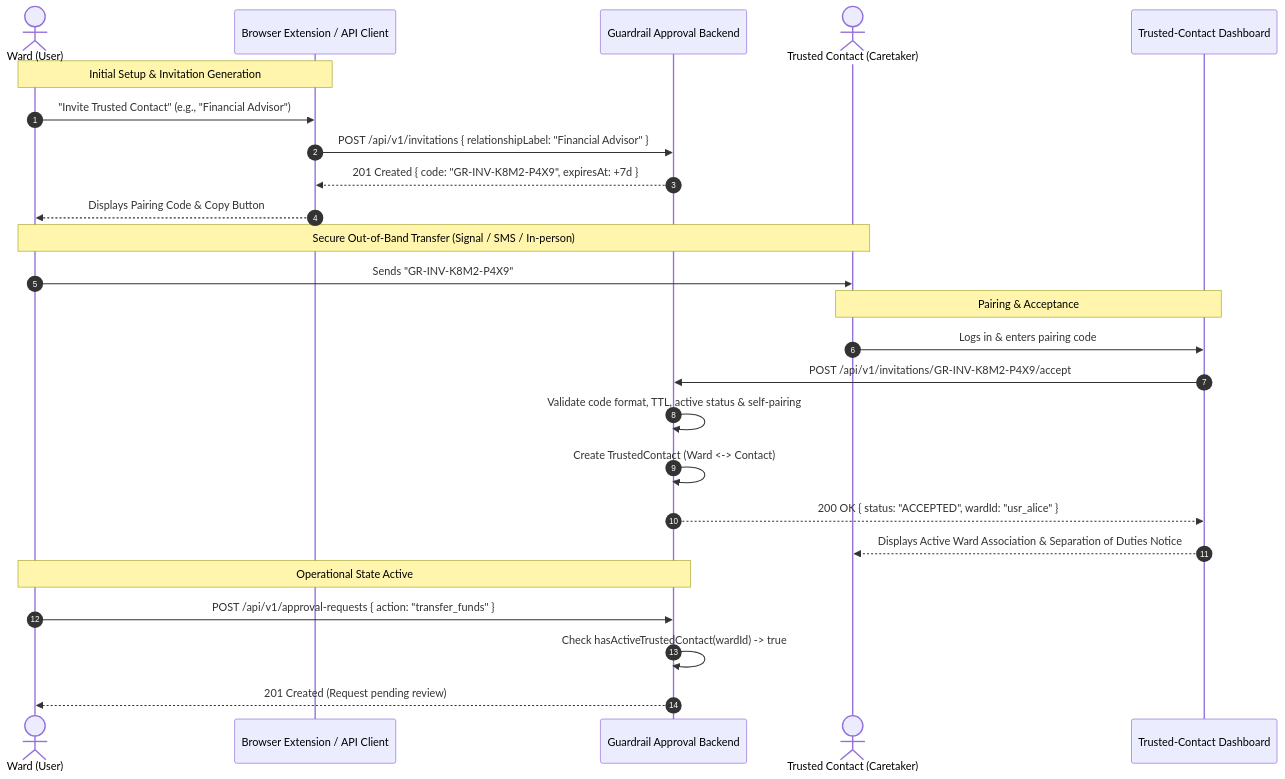
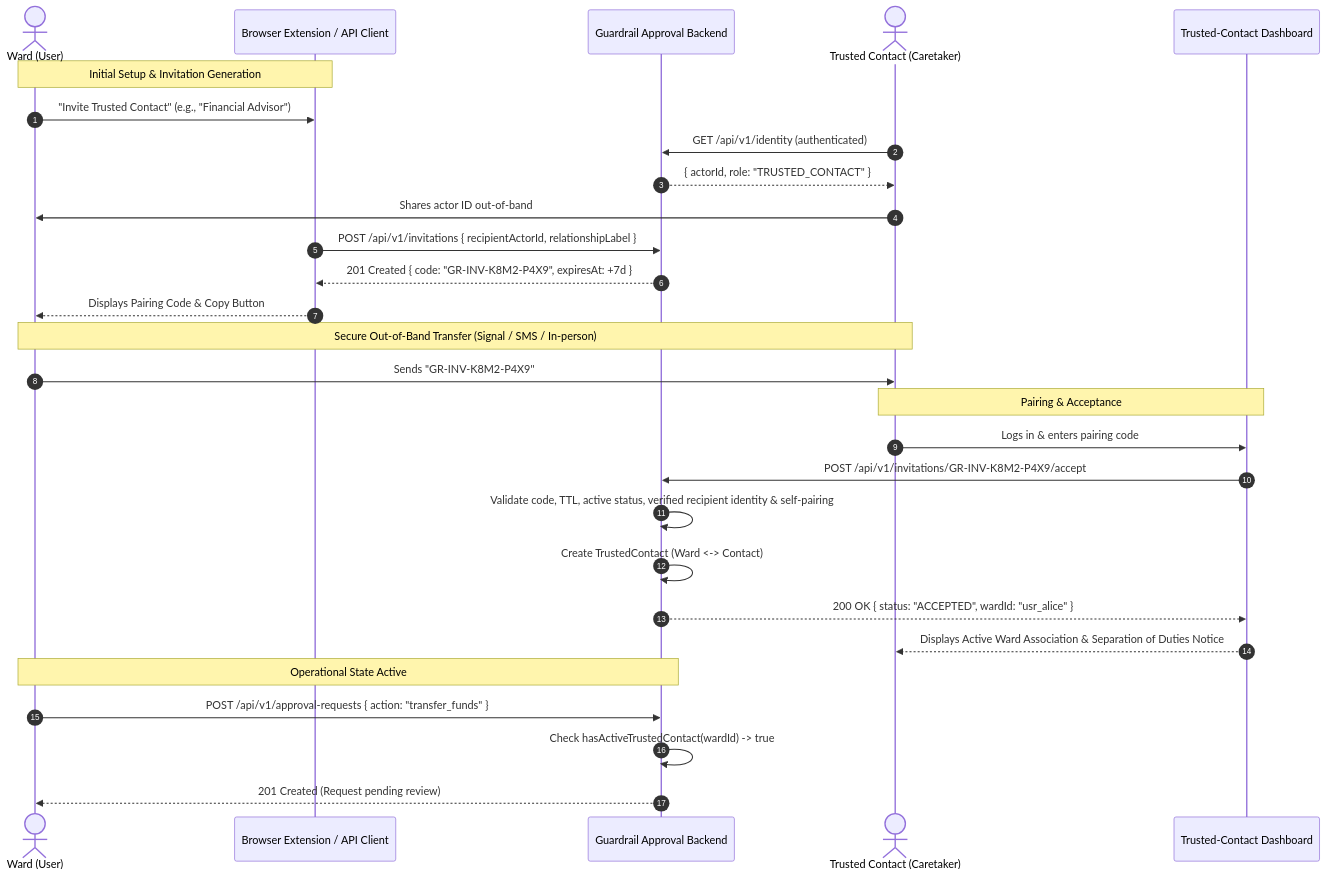
The first of 2 diagrams in guardrail/docs/trusted-contact-setup-and-invitations.md (Deepanshu-2006/Guardrail-UI), drawn with Mermaid before and after one commit. The commit also changed other lines of this file and 8 other files, not shown here.

First line of the commit message:
feat(approval): bind invitations to verified contact identities

````diff
--- a/guardrail/docs/trusted-contact-setup-and-invitations.md
+++ b/guardrail/docs/trusted-contact-setup-and-invitations.md
@@ -22,31 +22,34 @@
 ```mermaid
 sequenceDiagram
     autonumber
     actor Ward as Ward (User)
     participant Ext as Browser Extension / API Client
     participant Svc as Guardrail Approval Backend
     actor Contact as Trusted Contact (Caretaker)
     participant Dash as Trusted-Contact Dashboard
 
     Note over Ward,Ext: Initial Setup & Invitation Generation
     Ward->>Ext: "Invite Trusted Contact" (e.g., "Financial Advisor")
-    Ext->>Svc: POST /api/v1/invitations { relationshipLabel: "Financial Advisor" }
+    Contact->>Svc: GET /api/v1/identity (authenticated)
+    Svc-->>Contact: { actorId, role: "TRUSTED_CONTACT" }
+    Contact->>Ward: Shares actor ID out-of-band
+    Ext->>Svc: POST /api/v1/invitations { recipientActorId, relationshipLabel }
     Svc-->>Ext: 201 Created { code: "GR-INV-K8M2-P4X9", expiresAt: +7d }
     Ext-->>Ward: Displays Pairing Code & Copy Button
 
     Note over Ward,Contact: Secure Out-of-Band Transfer (Signal / SMS / In-person)
     Ward->>Contact: Sends "GR-INV-K8M2-P4X9"
 
     Note over Contact,Dash: Pairing & Acceptance
     Contact->>Dash: Logs in & enters pairing code
     Dash->>Svc: POST /api/v1/invitations/GR-INV-K8M2-P4X9/accept
-    Svc->>Svc: Validate code format, TTL, active status & self-pairing
+    Svc->>Svc: Validate code, TTL, active status, verified recipient identity & self-pairing
     Svc->>Svc: Create TrustedContact (Ward <-> Contact)
     Svc-->>Dash: 200 OK { status: "ACCEPTED", wardId: "usr_alice" }
     Dash-->>Contact: Displays Active Ward Association & Separation of Duties Notice
 
     Note over Ward,Svc: Operational State Active
     Ward->>Svc: POST /api/v1/approval-requests { action: "transfer_funds" }
     Svc->>Svc: Check hasActiveTrustedContact(wardId) -> true
     Svc-->>Ward: 201 Created (Request pending review)
 ```
````
